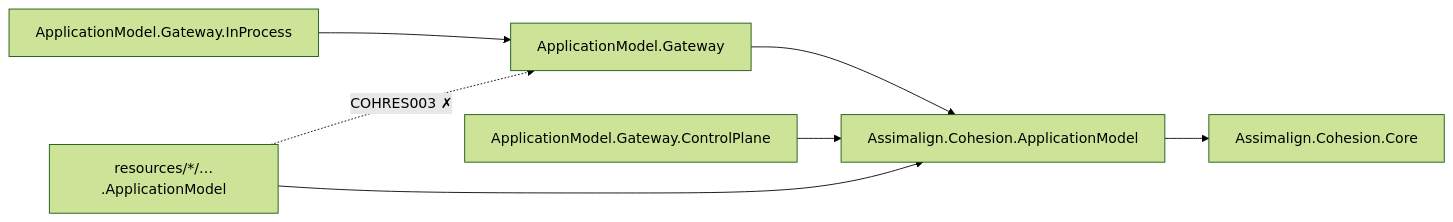
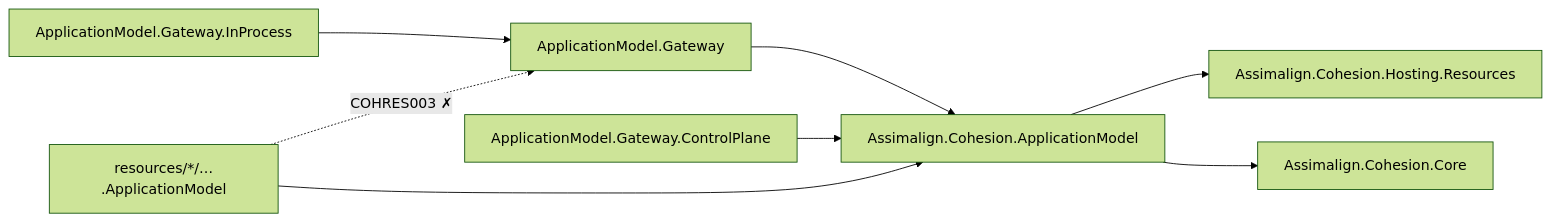
The diagram in libraries/ApplicationModel/README.md (assimalign/cohesion), drawn with Mermaid (forest theme) before and after one commit. The commit also changed other lines of this file and 570 other files, not shown here.

First line of the commit message:
refactor(application-model): restart Hosting.Resources, ApplicationModel and Gateway

````diff
--- a/libraries/ApplicationModel/README.md
+++ b/libraries/ApplicationModel/README.md
@@ -26,9 +34,10 @@
 ```mermaid
 flowchart LR
-    Model["Assimalign.Cohesion.ApplicationModel"] --> Core["Assimalign.Cohesion.Core"]
+    Model["Assimalign.Cohesion.ApplicationModel"] --> Resources["Assimalign.Cohesion.Hosting.Resources"]
+    Model --> Core["Assimalign.Cohesion.Core"]
     Gateway["ApplicationModel.Gateway"] --> Model
     InProcess["ApplicationModel.Gateway.InProcess"] --> Gateway
     ControlPlane["ApplicationModel.Gateway.ControlPlane"] --> Model
     AreaModel["resources/*/…​.ApplicationModel"] --> Model
     AreaModel -.->|"COHRES003 ✗"| Gateway
 ```
````
